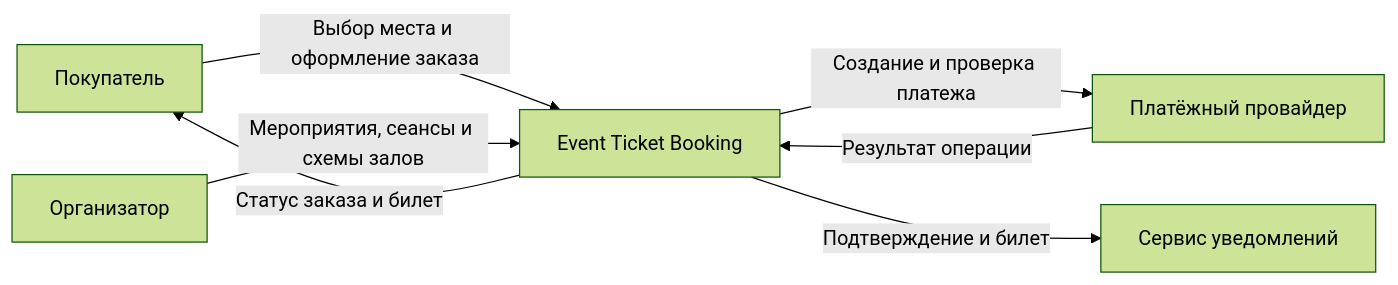
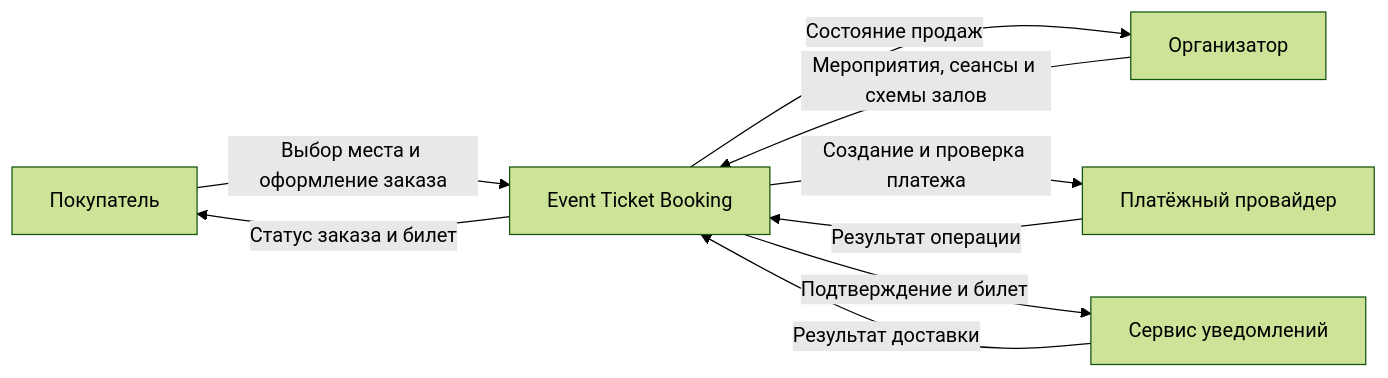
The diagram in README.md (TIR44/event-ticket-booking), drawn with Mermaid (forest theme) before and after one commit. The commit also changed 5 other files, not shown here.

First line of the commit message:
Согласовал имена идентификаторов, словарь и контекстную схему

````diff
--- a/README.md
+++ b/README.md
@@ -18,15 +18,17 @@
 ```mermaid
 flowchart LR
     buyer["Покупатель"]
     organizer["Организатор"]
     booking["Event Ticket Booking"]
     payment["Платёжный провайдер"]
     notifications["Сервис уведомлений"]
 
     buyer -->|"Выбор места и оформление заказа"| booking
     booking -->|"Статус заказа и билет"| buyer
     organizer -->|"Мероприятия, сеансы и схемы залов"| booking
+    booking -->|"Состояние продаж"| organizer
     booking -->|"Создание и проверка платежа"| payment
     payment -->|"Результат операции"| booking
     booking -->|"Подтверждение и билет"| notifications
+    notifications -->|"Результат доставки"| booking
 ```
````
